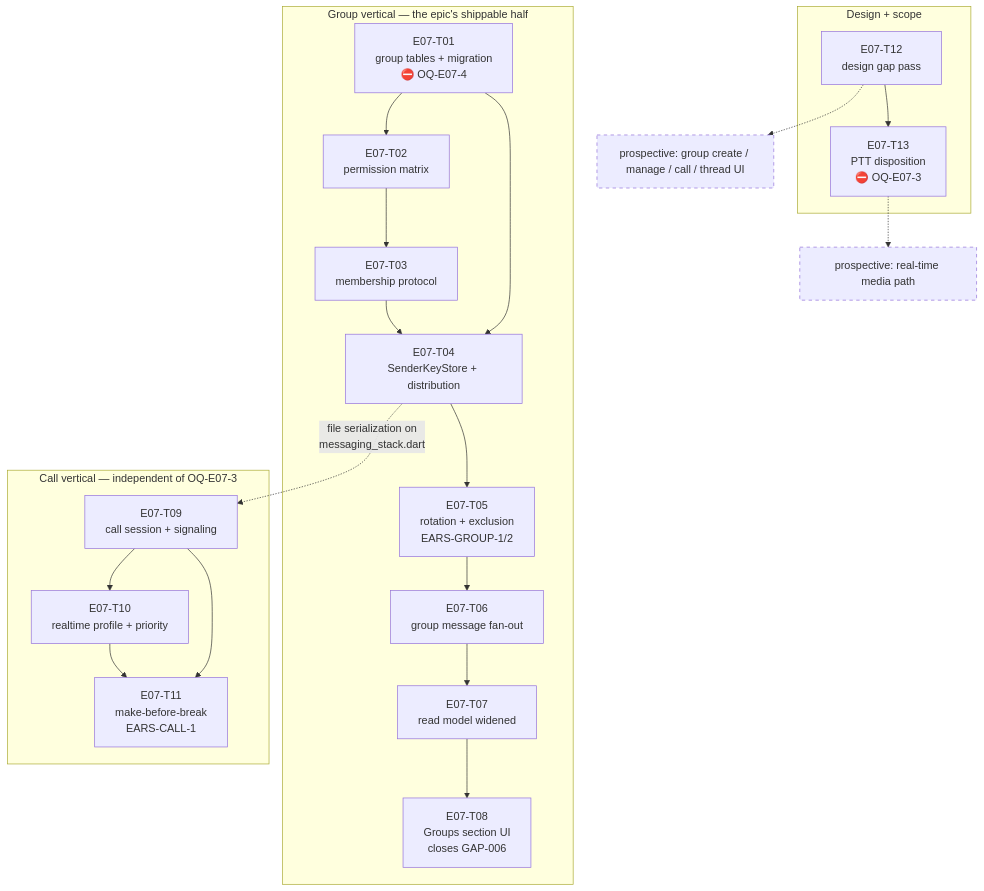
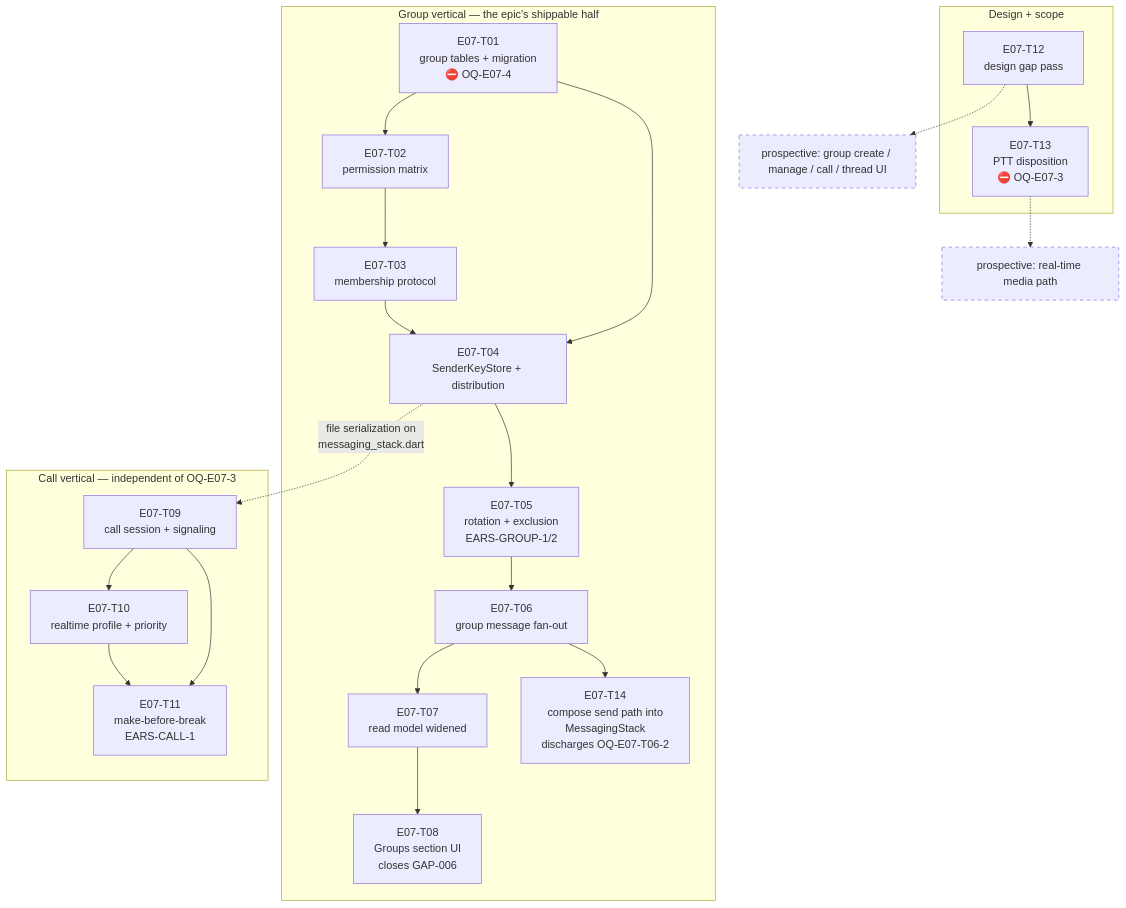
The diagram in epics/E07-groups-calls/tracker.md (SHAJED99/nexora), drawn with Mermaid before and after one commit. The commit also changed other lines of this file and 1 other file, not shown here.

First line of the commit message:
docs(E07): shard T14 — compose the group send path into MessagingStack

````diff
--- a/epics/E07-groups-calls/tracker.md
+++ b/epics/E07-groups-calls/tracker.md
@@ -30,38 +32,40 @@
 ```mermaid
 graph TD
   subgraph groups["Group vertical — the epic's shippable half"]
     T01["E07-T01<br/>group tables + migration<br/>⛔ OQ-E07-4"]
     T02["E07-T02<br/>permission matrix"]
     T03["E07-T03<br/>membership protocol"]
     T04["E07-T04<br/>SenderKeyStore + distribution"]
     T05["E07-T05<br/>rotation + exclusion<br/>EARS-GROUP-1/2"]
     T06["E07-T06<br/>group message fan-out"]
     T07["E07-T07<br/>read model widened"]
     T08["E07-T08<br/>Groups section UI<br/>closes GAP-006"]
+    T14["E07-T14<br/>compose send path into<br/>MessagingStack<br/>discharges OQ-E07-T06-2"]
   end
 
   subgraph calls["Call vertical — independent of OQ-E07-3"]
     T09["E07-T09<br/>call session + signaling"]
     T10["E07-T10<br/>realtime profile + priority"]
     T11["E07-T11<br/>make-before-break<br/>EARS-CALL-1"]
   end
 
   subgraph docs["Design + scope"]
     T12["E07-T12<br/>design gap pass"]
     T13["E07-T13<br/>PTT disposition<br/>⛔ OQ-E07-3"]
   end
 
   T01 --> T02 --> T03 --> T04 --> T05 --> T06 --> T07 --> T08
+  T06 --> T14
   T01 --> T04
   T04 -.->|"file serialization on<br/>messaging_stack.dart"| T09
   T09 --> T10 --> T11
   T09 --> T11
   T12 --> T13
 
   P1["prospective: real-time media path"]
   P2["prospective: group create / manage / call / thread UI"]
   T13 -.-> P1
   T12 -.-> P2
   style P1 stroke-dasharray: 5 5
   style P2 stroke-dasharray: 5 5
 ```
````
